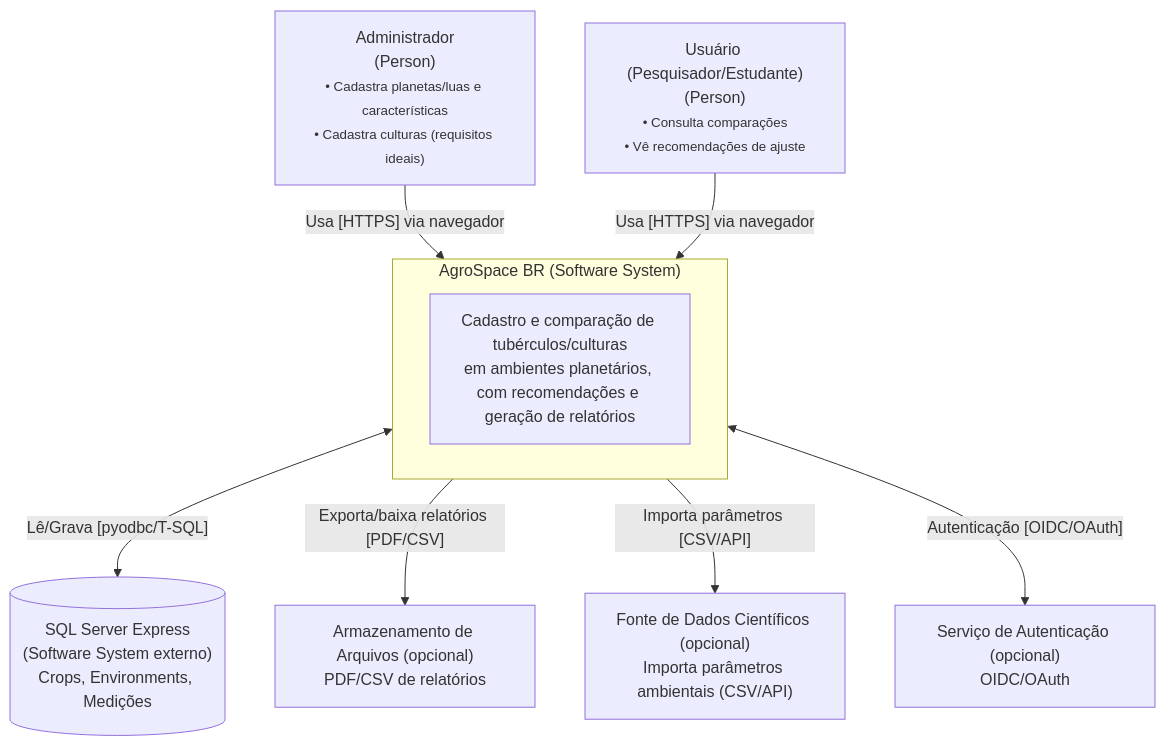
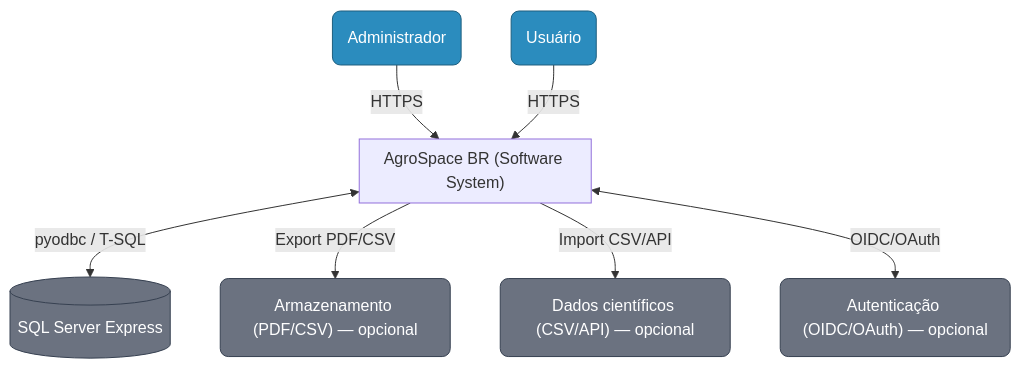
Before and after one commit to AdrianArgonyt/AgroSpace-br: the first of 3 diagrams in docs/arquitetura.md, drawn with Mermaid. The commit also changed other lines of this file, not shown here.

````diff
--- a/docs/arquitetura.md
+++ b/docs/arquitetura.md
@@ -74,26 +74,30 @@
 ```mermaid
+%% Diagrama C4-1 (Contexto) — versão curta para renderizar bem no GitHub
+%% Dicas: labels curtos, nada de <br/> ou listas, e sem nó interno no subgraph.
 flowchart TB
-  %% --- Pessoas ---
-  Admin["Administrador<br/>(Person)<br/><small>• Cadastra planetas/luas e características<br/>• Cadastra culturas (requisitos ideais)</small>"]
-  User["Usuário (Pesquisador/Estudante)<br/>(Person)<br/><small>• Consulta comparações<br/>• Vê recomendações de ajuste</small>"]
+  %% Pessoas
+  Admin("Administrador"):::person
+  User("Usuário"):::person
 
-  %% --- Sistema alvo ---
-  subgraph AgroSpaceBR["AgroSpace BR (Software System)"]
-    Desc["Cadastro e comparação de tubérculos/culturas<br/>em ambientes planetários, com recomendações e geração de relatórios"]
+  %% Sistema (boundary)
+  subgraph System["AgroSpace BR (Software System)"]
   end
 
-  %% --- Sistemas externos ---
-  SQL[("SQL Server Express<br/>(Software System externo)<br/>Crops, Environments, Medições")]
-  Storage["Armazenamento de Arquivos (opcional)<br/>PDF/CSV de relatórios"]
-  Science["Fonte de Dados Científicos (opcional)<br/>Importa parâmetros ambientais (CSV/API)"]
-  Auth["Serviço de Autenticação (opcional)<br/>OIDC/OAuth"]
+  %% Sistemas externos
+  DB[("SQL Server Express")]:::ext
+  Store("Armazenamento (PDF/CSV) — opcional"):::ext
+  Science("Dados científicos (CSV/API) — opcional"):::ext
+  Auth("Autenticação (OIDC/OAuth) — opcional"):::ext
 
-  %% --- Relações ---
-  Admin -->|"Usa [HTTPS] via navegador"| AgroSpaceBR
-  User  -->|"Usa [HTTPS] via navegador"| AgroSpaceBR
+  %% Relações (labels curtos)
+  Admin -->|HTTPS| System
+  User  -->|HTTPS| System
+  System <-->|pyodbc / T-SQL| DB
+  System -->|Export PDF/CSV| Store
+  System -->|Import CSV/API| Science
+  System <-->|OIDC/OAuth| Auth
 
-  AgroSpaceBR <-->|"Lê/Grava [pyodbc/T-SQL]"| SQL
-  AgroSpaceBR -->|"Exporta/baixa relatórios [PDF/CSV]"| Storage
-  AgroSpaceBR -->|"Importa parâmetros [CSV/API]"| Science
-  AgroSpaceBR <-->|"Autenticação [OIDC/OAuth]"| Auth
+  %% Estilos simples (opcional)
+  classDef person fill:#2b8cbe,stroke:#1f5f7f,color:#fff,rx:8,ry:8;
+  classDef ext fill:#6b7280,stroke:#374151,color:#fff,rx:8,ry:8;
 ```
````
